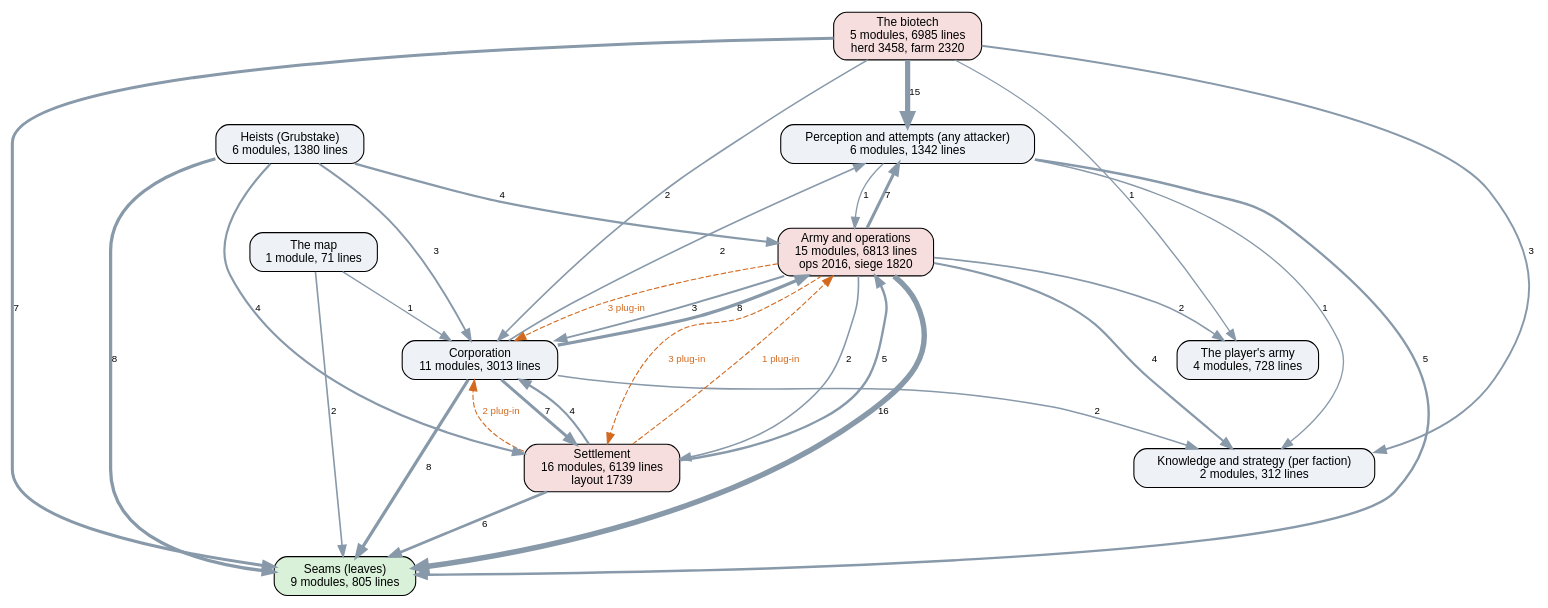
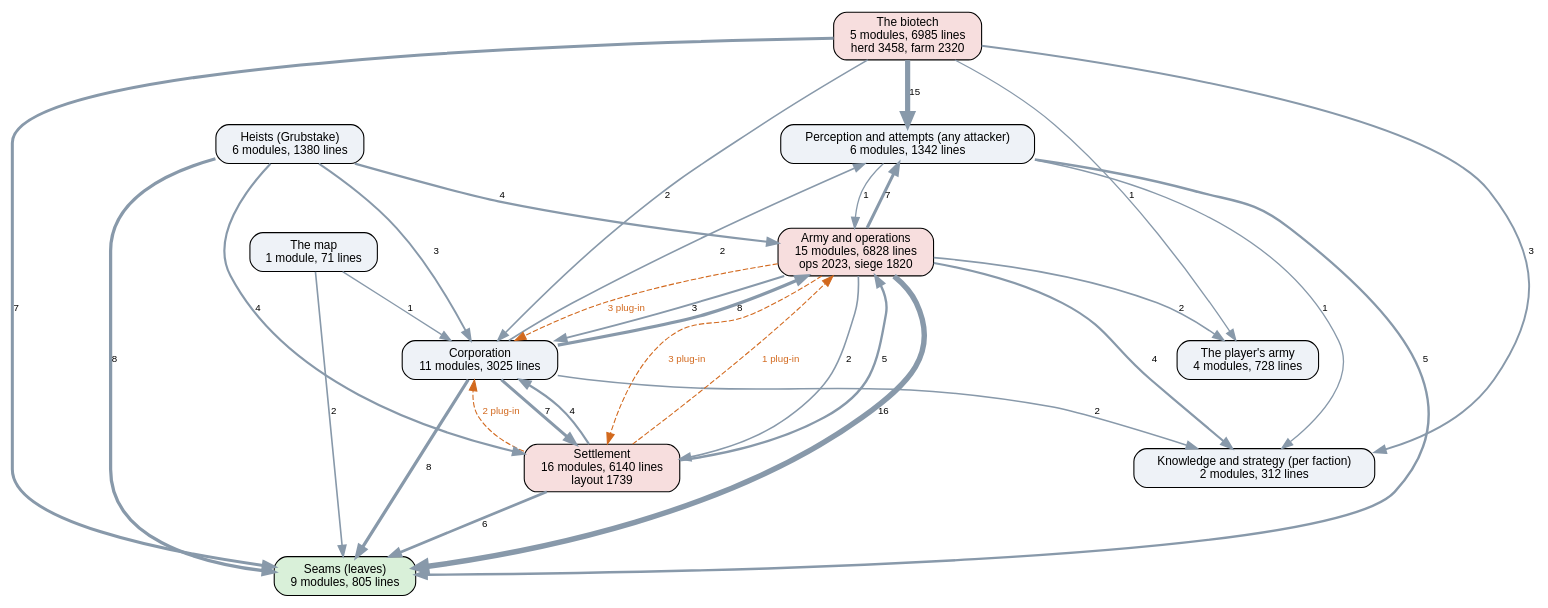
The diagram in docs/ai-layers.dot (kinelhu/landing-party), drawn with Graphviz before and after one commit. The commit also changed 14 other files, not shown here.

First line of the commit message:
0.2.190: a losing camp stands down after three failed operations in a row and builds no army past half its cap (switching targets and self-defence stood down, already there, now checked; quiet streak)

```diff
--- a/docs/ai-layers.dot
+++ b/docs/ai-layers.dot
@@ -1,47 +1,47 @@
 digraph layers {
   graph [rankdir=TB, fontname="Helvetica", nodesep=0.5, ranksep=0.7];
   node [shape=box, style="rounded,filled", fontname="Helvetica", fontsize=11, fillcolor="#eef2f7"];
   edge [color="#8899aa", fontname="Helvetica", fontsize=9];
   "Seams (leaves)" [label="Seams (leaves)\n9 modules, 805 lines", fillcolor="#d9f0d9"];
   "Perception and attempts (any attacker)" [label="Perception and attempts (any attacker)\n6 modules, 1342 lines", fillcolor="#eef2f7"];
   "Knowledge and strategy (per faction)" [label="Knowledge and strategy (per faction)\n2 modules, 312 lines", fillcolor="#eef2f7"];
-  "Corporation" [label="Corporation\n11 modules, 3013 lines", fillcolor="#eef2f7"];
-  "Settlement" [label="Settlement\n16 modules, 6139 lines\nlayout 1739", fillcolor="#f7dede"];
-  "Army and operations" [label="Army and operations\n15 modules, 6813 lines\nops 2016, siege 1820", fillcolor="#f7dede"];
+  "Corporation" [label="Corporation\n11 modules, 3025 lines", fillcolor="#eef2f7"];
+  "Settlement" [label="Settlement\n16 modules, 6140 lines\nlayout 1739", fillcolor="#f7dede"];
+  "Army and operations" [label="Army and operations\n15 modules, 6828 lines\nops 2023, siege 1820", fillcolor="#f7dede"];
   "Heists (Grubstake)" [label="Heists (Grubstake)\n6 modules, 1380 lines", fillcolor="#eef2f7"];
   "The biotech" [label="The biotech\n5 modules, 6985 lines\nherd 3458, farm 2320", fillcolor="#f7dede"];
   "The map" [label="The map\n1 module, 71 lines", fillcolor="#eef2f7"];
   "The player's army" [label="The player's army\n4 modules, 728 lines", fillcolor="#eef2f7"];
   "Army and operations" -> "Corporation" [label="3", penwidth=1.8];
   "Army and operations" -> "Knowledge and strategy (per faction)" [label="4", penwidth=2.0];
   "Army and operations" -> "Perception and attempts (any attacker)" [label="7", penwidth=2.8];
   "Army and operations" -> "Seams (leaves)" [label="16", penwidth=5.0];
   "Army and operations" -> "Settlement" [label="2", penwidth=1.5];
   "Army and operations" -> "The player's army" [label="2", penwidth=1.5];
   "Corporation" -> "Army and operations" [label="8", penwidth=3.0];
   "Corporation" -> "Knowledge and strategy (per faction)" [label="2", penwidth=1.5];
   "Corporation" -> "Perception and attempts (any attacker)" [label="2", penwidth=1.5];
   "Corporation" -> "Seams (leaves)" [label="8", penwidth=3.0];
   "Corporation" -> "Settlement" [label="7", penwidth=2.8];
   "Heists (Grubstake)" -> "Army and operations" [label="4", penwidth=2.0];
   "Heists (Grubstake)" -> "Corporation" [label="3", penwidth=1.8];
   "Heists (Grubstake)" -> "Seams (leaves)" [label="8", penwidth=3.0];
   "Heists (Grubstake)" -> "Settlement" [label="4", penwidth=2.0];
   "Perception and attempts (any attacker)" -> "Army and operations" [label="1", penwidth=1.2];
   "Perception and attempts (any attacker)" -> "Knowledge and strategy (per faction)" [label="1", penwidth=1.2];
   "Perception and attempts (any attacker)" -> "Seams (leaves)" [label="5", penwidth=2.2];
   "Settlement" -> "Army and operations" [label="5", penwidth=2.2];
   "Settlement" -> "Corporation" [label="4", penwidth=2.0];
   "Settlement" -> "Seams (leaves)" [label="6", penwidth=2.5];
   "The biotech" -> "Corporation" [label="2", penwidth=1.5];
   "The biotech" -> "Knowledge and strategy (per faction)" [label="3", penwidth=1.8];
   "The biotech" -> "Perception and attempts (any attacker)" [label="15", penwidth=4.8];
   "The biotech" -> "Seams (leaves)" [label="7", penwidth=2.8];
   "The biotech" -> "The player's army" [label="1", penwidth=1.2];
   "The map" -> "Corporation" [label="1", penwidth=1.2];
   "The map" -> "Seams (leaves)" [label="2", penwidth=1.5];
   "Army and operations" -> "Corporation" [style=dashed, color="#d2691e", fontcolor="#d2691e", label="3 plug-in"];
   "Army and operations" -> "Settlement" [style=dashed, color="#d2691e", fontcolor="#d2691e", label="3 plug-in"];
   "Settlement" -> "Army and operations" [style=dashed, color="#d2691e", fontcolor="#d2691e", label="1 plug-in"];
   "Settlement" -> "Corporation" [style=dashed, color="#d2691e", fontcolor="#d2691e", label="2 plug-in"];
 }
```
